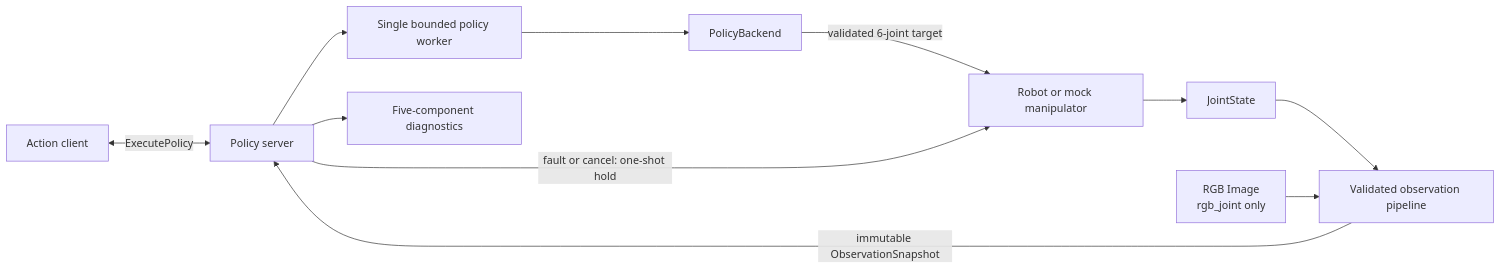
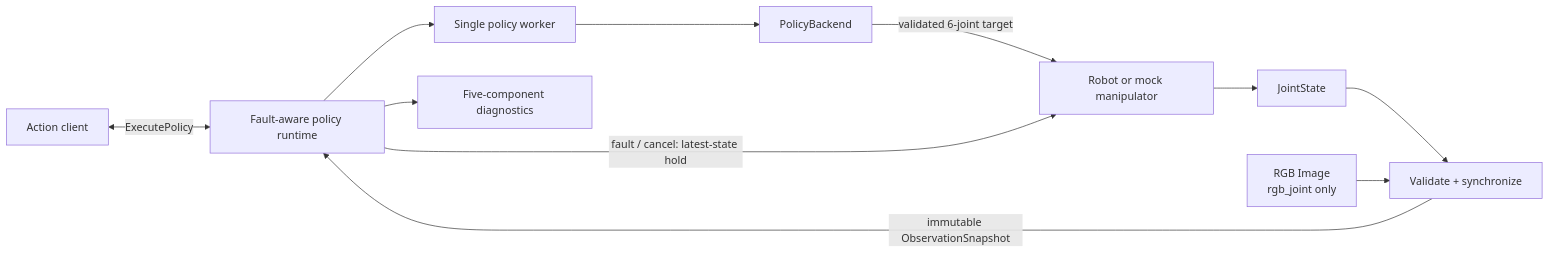
One commit to Yanagisawa2002/PolicyBridge-ROS2 changed the diagram in README.md. Above: the diagram before and after it, drawn with Mermaid. The commit also changed other lines of this file and 2 other files, not shown here.

````diff
--- a/README.md
+++ b/README.md
@@ -13,13 +12,13 @@
 ```mermaid
 flowchart LR
-    Client["Action client"] <-->|"ExecutePolicy"| Server["Policy server"]
-    Joint["JointState"] --> Sync["Validated observation pipeline"]
-    RGB["RGB Image\nrgb_joint only"] --> Sync
-    Sync -->|"immutable ObservationSnapshot"| Server
-    Server --> Worker["Single bounded policy worker"]
+    Client["Action client"] <-->|"ExecutePolicy"| Runtime["Fault-aware policy runtime"]
+    Joint["JointState"] --> Pipeline["Validate + synchronize"]
+    RGB["RGB Image\nrgb_joint only"] --> Pipeline
+    Pipeline -->|"immutable ObservationSnapshot"| Runtime
+    Runtime --> Worker["Single policy worker"]
     Worker --> Backend["PolicyBackend"]
     Backend -->|"validated 6-joint target"| Robot["Robot or mock manipulator"]
     Robot --> Joint
-    Server -->|"fault or cancel: one-shot hold"| Robot
-    Server --> Diag["Five-component diagnostics"]
+    Runtime -->|"fault / cancel: latest-state hold"| Robot
+    Runtime --> Diagnostics["Five-component diagnostics"]
 ```
````
